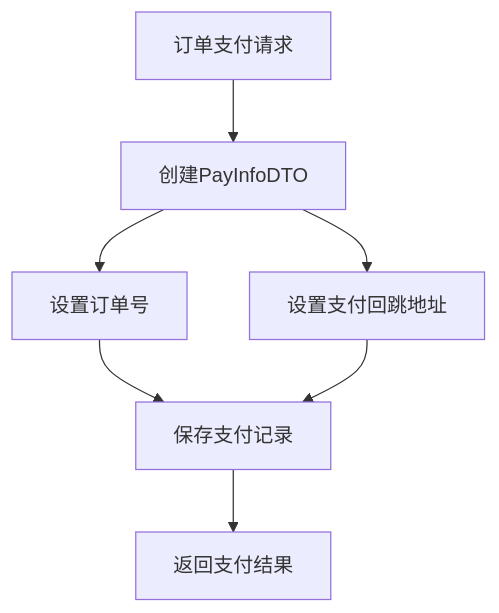
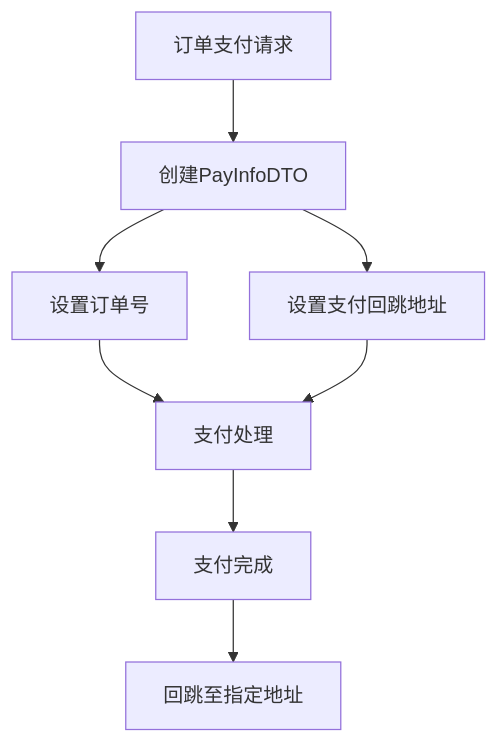
The sixth of 6 diagrams in aider/templates/mall4cloud-payment/README.md (Symbolk/aider), drawn with Mermaid before and after one commit. The commit also changed other lines of this file and 3 other files, not shown here.

````diff
--- a/aider/templates/mall4cloud-payment/README.md
+++ b/aider/templates/mall4cloud-payment/README.md
@@ -86,9 +100,10 @@
 ```mermaid
 graph TD
     A[订单支付请求] --> B[创建PayInfoDTO]
     B --> C[设置订单号]
     B --> D[设置支付回跳地址]
-    C --> E[保存支付记录]
+    C --> E[支付处理]
     D --> E
-    E --> F[返回支付结果]
+    E --> F[支付完成]
+    F --> G[回跳至指定地址]
 ```
````
